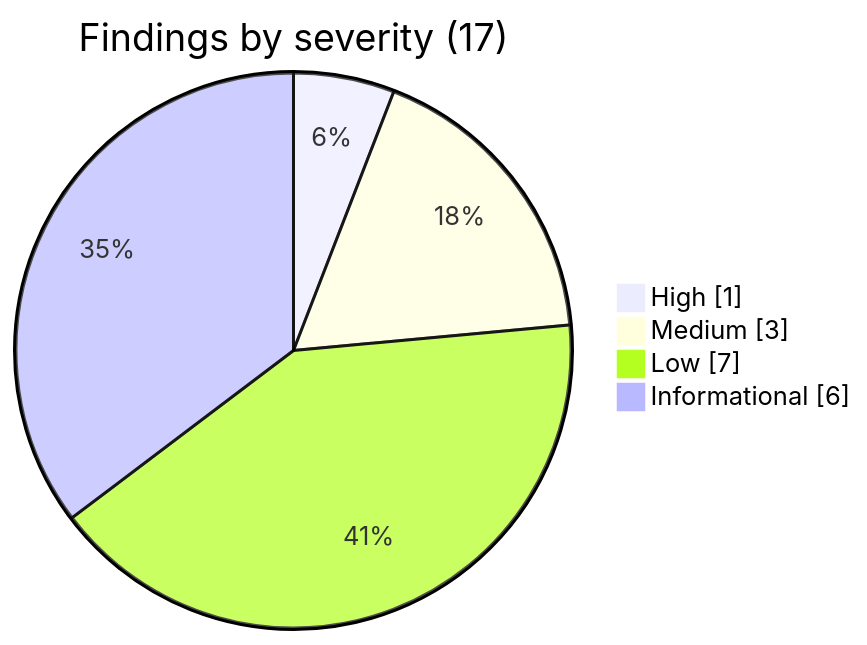
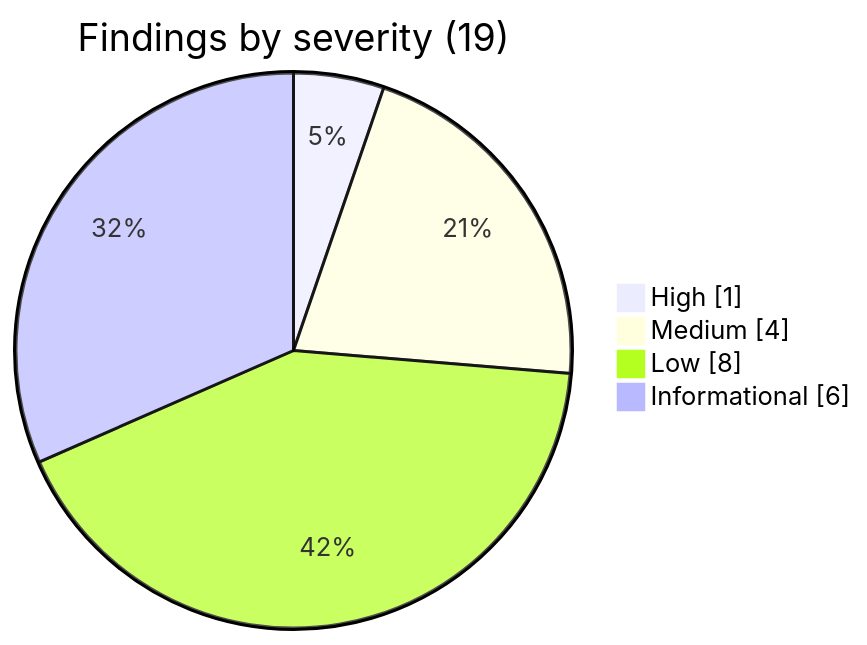
One commit to 9pgvzkjvn4-cmd/WellnessZ changed the first of 3 diagrams in docs/security/Security-Enhancement-Guideline.md. Above: the diagram before and after it, drawn with Mermaid. The commit also changed other lines of this file and 32 other files, not shown here.

````diff
--- a/docs/security/Security-Enhancement-Guideline.md
+++ b/docs/security/Security-Enhancement-Guideline.md
@@ -81,8 +81,8 @@
 ```mermaid
 pie showData
-    title Findings by severity (17)
+    title Findings by severity (19)
     "High" : 1
-    "Medium" : 3
-    "Low" : 7
+    "Medium" : 4
+    "Low" : 8
     "Informational" : 6
 ```
````
